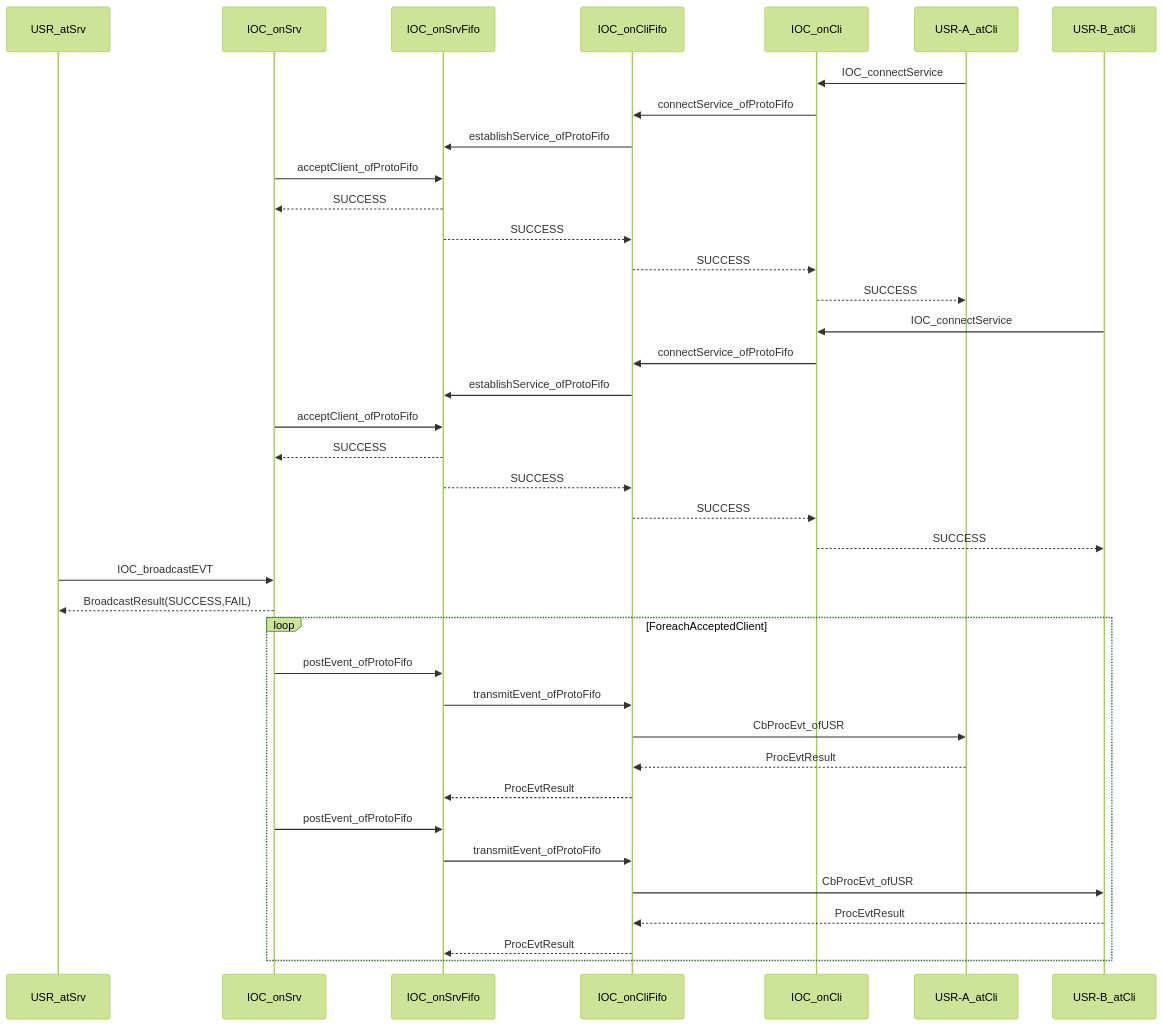
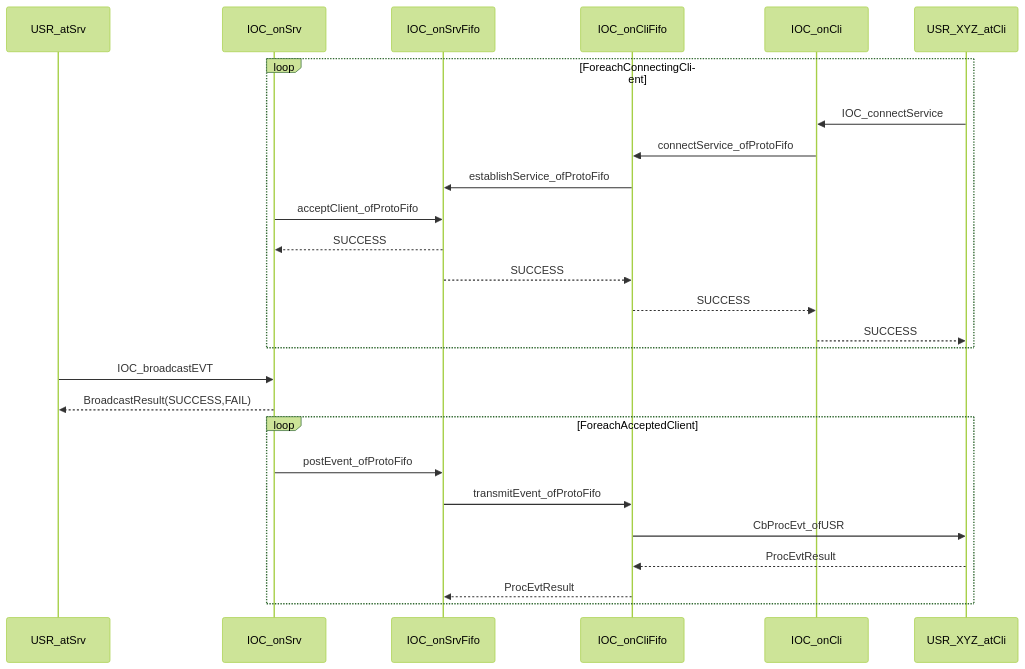
One commit to EnigmaWU/MyIOC_inTDD_withGHC changed the fourth of 4 diagrams in Source/_IOC_SrvProtoFifo.md. Above: the diagram before and after it, drawn with Mermaid (forest theme).

Commit message:
更新_FIFO协议文档，重构连接服务的时序图，采用循环结构简化客户端连接流程描述

````diff
--- a/Source/_IOC_SrvProtoFifo.md
+++ b/Source/_IOC_SrvProtoFifo.md
@@ -88,50 +88,36 @@
 ```mermaid
 sequenceDiagram
     participant USR_atSrv 
     participant IOC_onSrv
     participant IOC_onSrvFifo 
     participant IOC_onCliFifo
     participant IOC_onCli
-    participant USR-A_atCli
-    participant USR-B_atCli
-    ###=> MORE: participant USR-C_atCli
+    participant USR_XYZ_atCli
 
-    USR-A_atCli->>IOC_onCli: IOC_connectService
-    IOC_onCli->>IOC_onCliFifo: connectService_ofProtoFifo
-    IOC_onCliFifo->>IOC_onSrvFifo: establishService_ofProtoFifo
-    IOC_onSrv->>IOC_onSrvFifo: acceptClient_ofProtoFifo
-    IOC_onSrvFifo-->>IOC_onSrv: SUCCESS
-    IOC_onSrvFifo-->>IOC_onCliFifo: SUCCESS
-    IOC_onCliFifo-->>IOC_onCli: SUCCESS
-    IOC_onCli-->>USR-A_atCli: SUCCESS
+    loop ForeachConnectingClient
+        USR_XYZ_atCli->>IOC_onCli: IOC_connectService
+        IOC_onCli->>IOC_onCliFifo: connectService_ofProtoFifo
+        IOC_onCliFifo->>IOC_onSrvFifo: establishService_ofProtoFifo
+        IOC_onSrv->>IOC_onSrvFifo: acceptClient_ofProtoFifo
+        IOC_onSrvFifo-->>IOC_onSrv: SUCCESS
+        IOC_onSrvFifo-->>IOC_onCliFifo: SUCCESS
+        IOC_onCliFifo-->>IOC_onCli: SUCCESS
+        IOC_onCli-->>USR_XYZ_atCli: SUCCESS
+    end
 
-    USR-B_atCli->>IOC_onCli: IOC_connectService
-    IOC_onCli->>IOC_onCliFifo: connectService_ofProtoFifo
-    IOC_onCliFifo->>IOC_onSrvFifo: establishService_ofProtoFifo
-    IOC_onSrv->>IOC_onSrvFifo: acceptClient_ofProtoFifo
-    IOC_onSrvFifo-->>IOC_onSrv: SUCCESS
-    IOC_onSrvFifo-->>IOC_onCliFifo: SUCCESS
-    IOC_onCliFifo-->>IOC_onCli: SUCCESS
-    IOC_onCli-->>USR-B_atCli: SUCCESS
-
-    ###=> MORE: USR-A/-B subEVT(+CbProcEvt_ofUSR)
+    ###=> MORE: USR-XYZ subEVT(+CbProcEvt_ofUSR)
 
     USR_atSrv->>IOC_onSrv: IOC_broadcastEVT
     IOC_onSrv-->>USR_atSrv: BroadcastResult(SUCCESS,FAIL)
 
-    ###=> FOREACH/LOOP USR-A/-B: IOC_onSrv->>IOC_onSrvFifo: postEvent_ofProtoFifo
+    
     loop ForeachAcceptedClient
         IOC_onSrv->>IOC_onSrvFifo: postEvent_ofProtoFifo
         IOC_onSrvFifo->>IOC_onCliFifo: transmitEvent_ofProtoFifo
-        IOC_onCliFifo->>USR-A_atCli: CbProcEvt_ofUSR
-        USR-A_atCli-->>IOC_onCliFifo: ProcEvtResult
+        IOC_onCliFifo->>USR_XYZ_atCli: CbProcEvt_ofUSR
+        USR_XYZ_atCli-->>IOC_onCliFifo: ProcEvtResult
         IOC_onCliFifo-->>IOC_onSrvFifo: ProcEvtResult
 
-        IOC_onSrv->>IOC_onSrvFifo: postEvent_ofProtoFifo
-        IOC_onSrvFifo->>IOC_onCliFifo: transmitEvent_ofProtoFifo
-        IOC_onCliFifo->>USR-B_atCli: CbProcEvt_ofUSR
-        USR-B_atCli-->>IOC_onCliFifo: ProcEvtResult
-        IOC_onCliFifo-->>IOC_onSrvFifo: ProcEvtResult
     end
     
 ```
````
